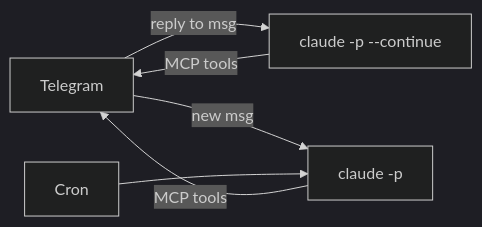
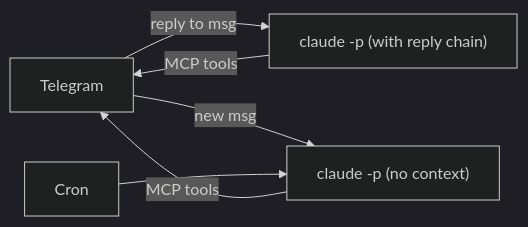
Before and after one commit to rhlsthrm/LeoClaw: the first of 2 diagrams in README.md, drawn with Mermaid (dark theme). The commit also changed other lines of this file and 9 other files, not shown here.

````diff
--- a/README.md
+++ b/README.md
@@ -9,8 +9,8 @@
 ```mermaid
 flowchart LR
-    T[Telegram] -->|reply to msg| C1["claude -p --continue"]
-    T -->|new msg| C2["claude -p"]
+    T[Telegram] -->|reply to msg| C1["claude -p (with reply chain)"]
+    T -->|new msg| C2["claude -p (no context)"]
     CR[Cron] --> C2
     C1 -->|MCP tools| T
     C2 -->|MCP tools| T
 ```
````
